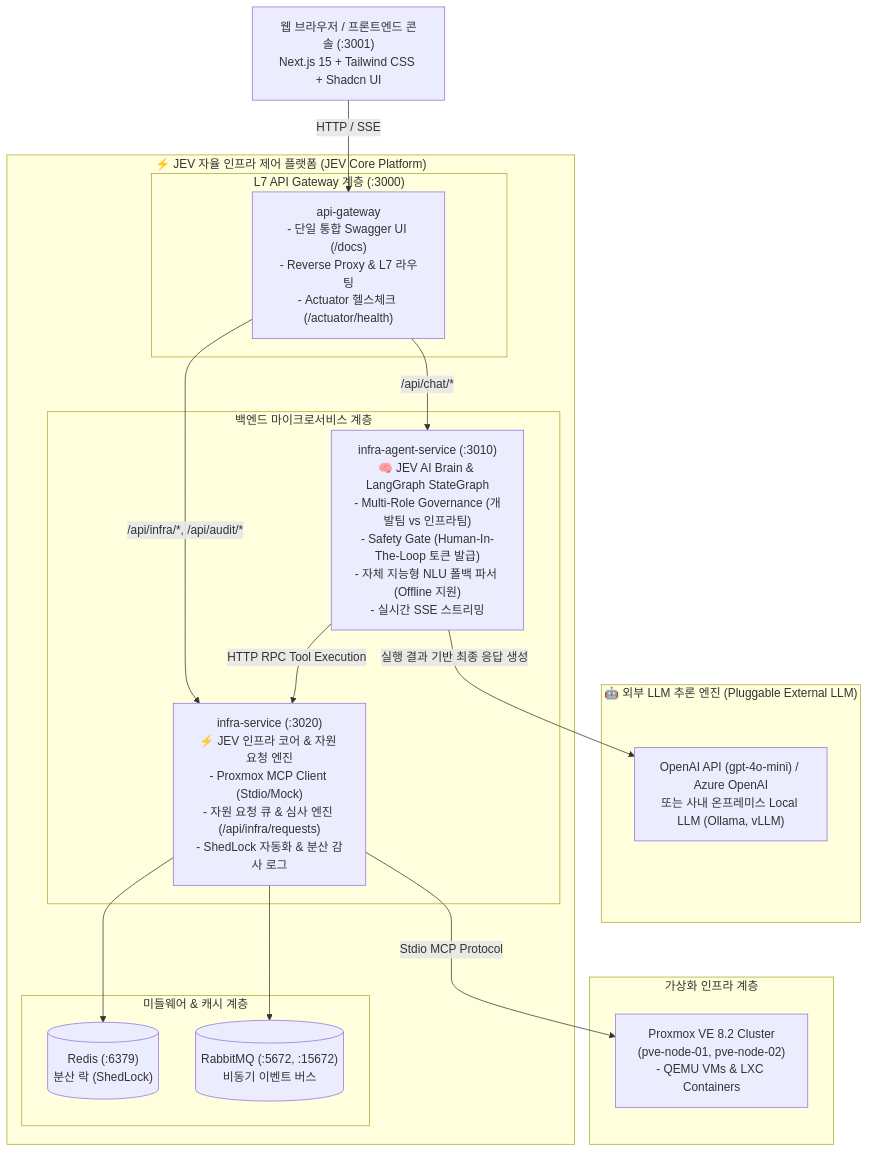
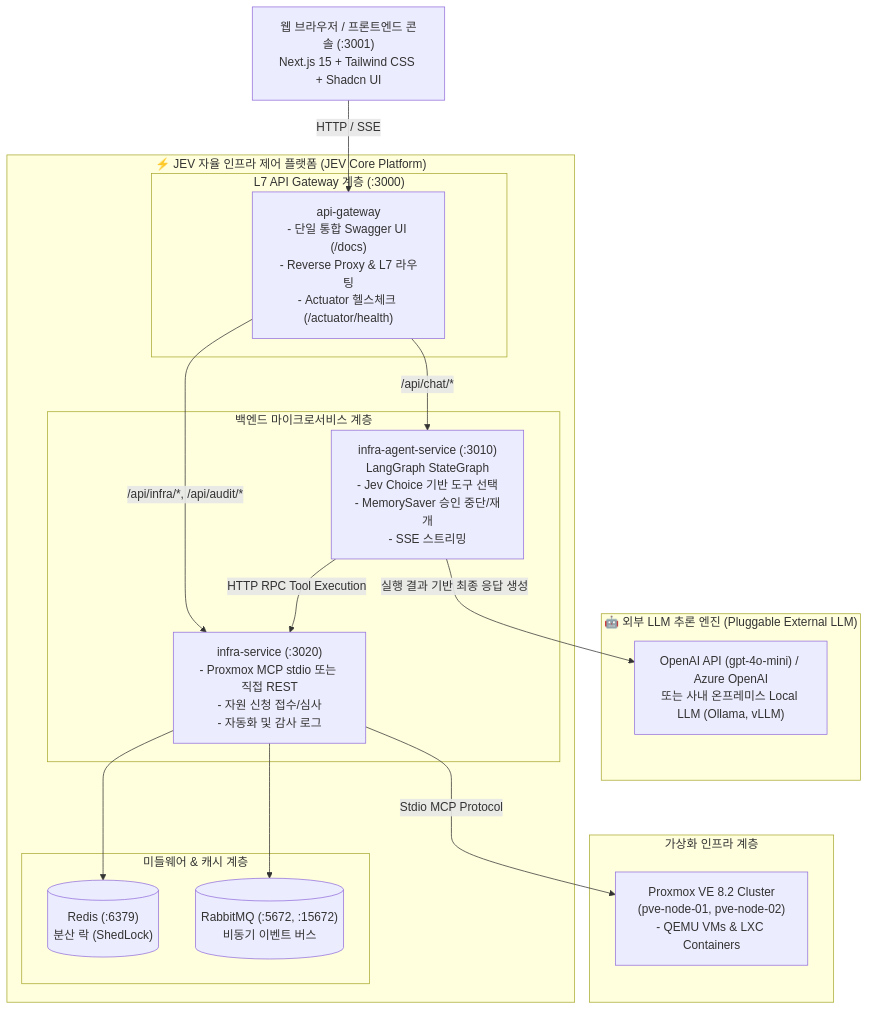
Before and after one commit to sjungwon03/jev-langgraph-example: the first of 2 diagrams in README.md, drawn with Mermaid. The commit also changed other lines of this file and 2 other files, not shown here.

Commit message:
Document current JEV LangGraph architecture for study and interviews

````diff
--- a/README.md
+++ b/README.md
@@ -22,40 +23,40 @@
 ```mermaid
 flowchart TB
     Client["웹 브라우저 / 프론트엔드 콘솔 (:3001)<br/>Next.js 15 + Tailwind CSS + Shadcn UI"]
 
     subgraph ExternalLLM ["🤖 외부 LLM 추론 엔진 (Pluggable External LLM)"]
         LLMProvider["OpenAI API (gpt-4o-mini) / Azure OpenAI<br/>또는 사내 온프레미스 Local LLM (Ollama, vLLM)"]
     end
 
     subgraph JEVPlatform ["⚡ JEV 자율 인프라 제어 플랫폼 (JEV Core Platform)"]
         subgraph GatewayLayer ["L7 API Gateway 계층 (:3000)"]
             Gateway["api-gateway<br/>- 단일 통합 Swagger UI (/docs)<br/>- Reverse Proxy & L7 라우팅<br/>- Actuator 헬스체크 (/actuator/health)"]
         end
 
         subgraph ServiceLayer ["백엔드 마이크로서비스 계층"]
-            AgentService["infra-agent-service (:3010)<br/>🧠 JEV AI Brain & LangGraph StateGraph<br/>- Multi-Role Governance (개발팀 vs 인프라팀)<br/>- Safety Gate (Human-In-The-Loop 토큰 발급)<br/>- 자체 지능형 NLU 폴백 파서 (Offline 지원)<br/>- 실시간 SSE 스트리밍"]
-            InfraService["infra-service (:3020)<br/>⚡ JEV 인프라 코어 & 자원 요청 엔진<br/>- Proxmox MCP Client (Stdio/Mock)<br/>- 자원 요청 큐 & 심사 엔진 (/api/infra/requests)<br/>- ShedLock 자동화 & 분산 감사 로그"]
+            AgentService["infra-agent-service (:3010)<br/>LangGraph StateGraph<br/>- Jev Choice 기반 도구 선택<br/>- MemorySaver 승인 중단/재개<br/>- SSE 스트리밍"]
+            InfraService["infra-service (:3020)<br/>- Proxmox MCP stdio 또는 직접 REST<br/>- 자원 신청 접수/심사<br/>- 자동화 및 감사 로그"]
         end
 
         subgraph StorageLayer ["미들웨어 & 캐시 계층"]
             Redis[("Redis (:6379)<br/>분산 락 (ShedLock)")]
             RabbitMQ[("RabbitMQ (:5672, :15672)<br/>비동기 이벤트 버스")]
         end
     end
 
     subgraph ProxmoxLayer ["가상화 인프라 계층"]
         PVECluster["Proxmox VE 8.2 Cluster<br/>(pve-node-01, pve-node-02)<br/>- QEMU VMs & LXC Containers"]
     end
 
     Client -->|"HTTP / SSE"| Gateway
     Gateway -->|"/api/chat/*"| AgentService
     Gateway -->|"/api/infra/*, /api/audit/*"| InfraService
     
     %% JEV와 외부 LLM 간의 인터페이스
     AgentService -->|"실행 결과 기반 최종 응답 생성"| LLMProvider
 
     AgentService -->|"HTTP RPC Tool Execution"| InfraService
     InfraService --> Redis
     InfraService --> RabbitMQ
     InfraService -->|"Stdio MCP Protocol"| PVECluster
 ```
````
